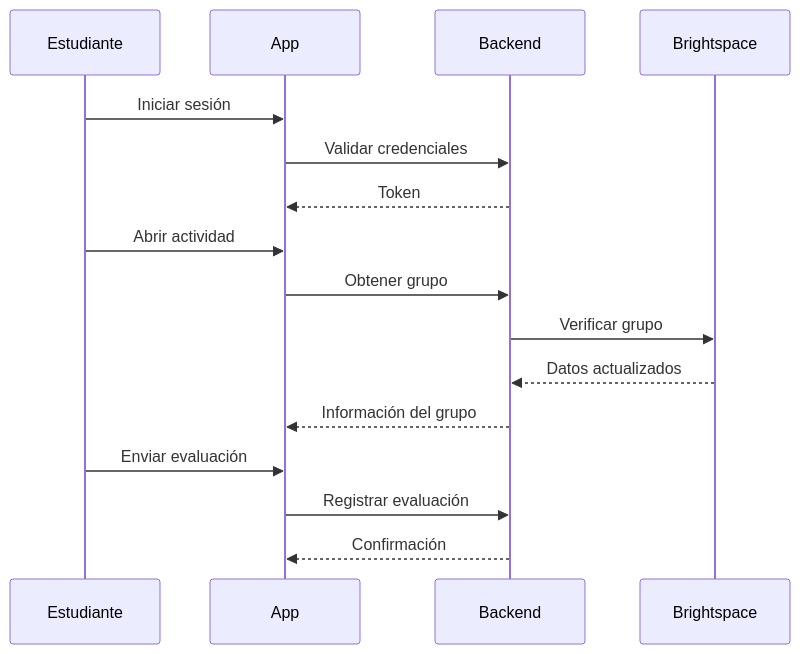
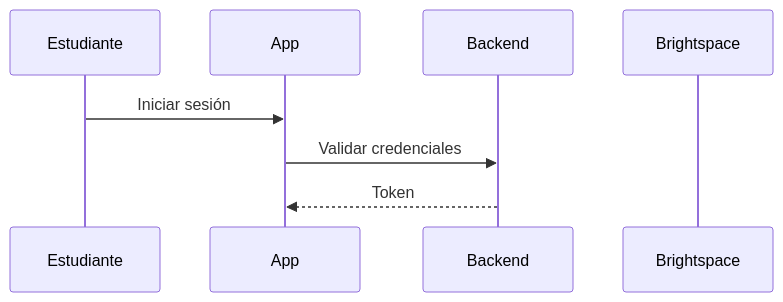
One commit to MatizS27/mobile-app-project changed the fourth of 4 diagrams in samuel/README.md. Above: the diagram before and after it, drawn with Mermaid. The commit also changed other lines of this file, not shown here.

````diff
--- a/samuel/README.md
+++ b/samuel/README.md
@@ -268,21 +195,10 @@
 ```mermaid
 sequenceDiagram
 participant S as Estudiante
 participant APP as App
 participant API as Backend
 participant LMS as Brightspace
-
 S->>APP: Iniciar sesión
 APP->>API: Validar credenciales
 API-->>APP: Token
-
-S->>APP: Abrir actividad
-APP->>API: Obtener grupo
-API->>LMS: Verificar grupo
-LMS-->>API: Datos actualizados
-API-->>APP: Información del grupo
-
-S->>APP: Enviar evaluación
-APP->>API: Registrar evaluación
-API-->>APP: Confirmación
 ```
````
